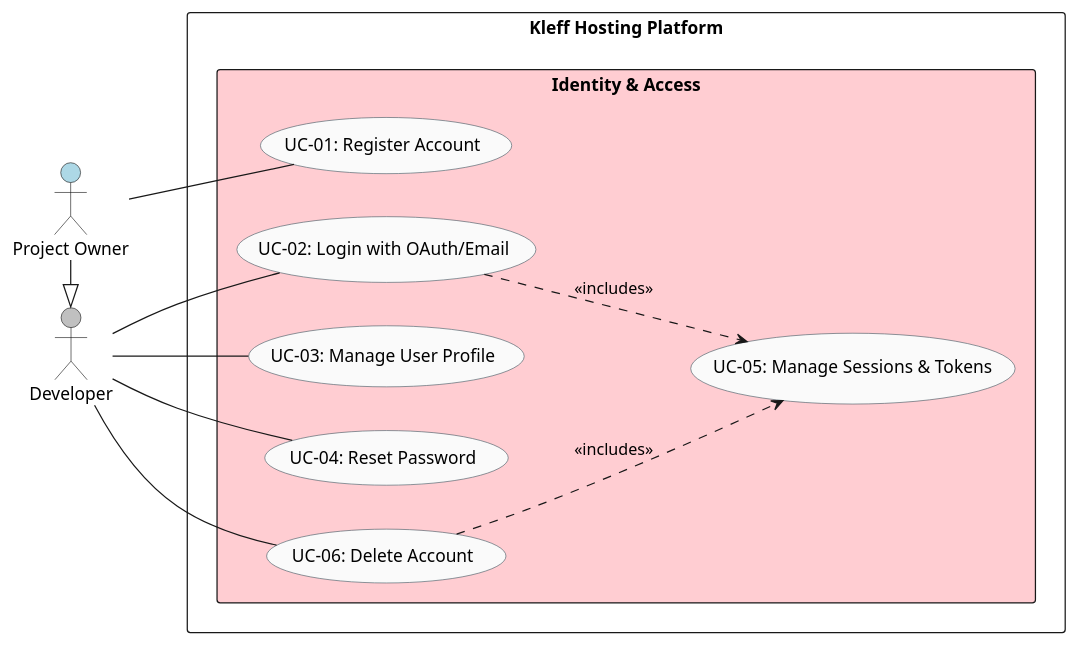
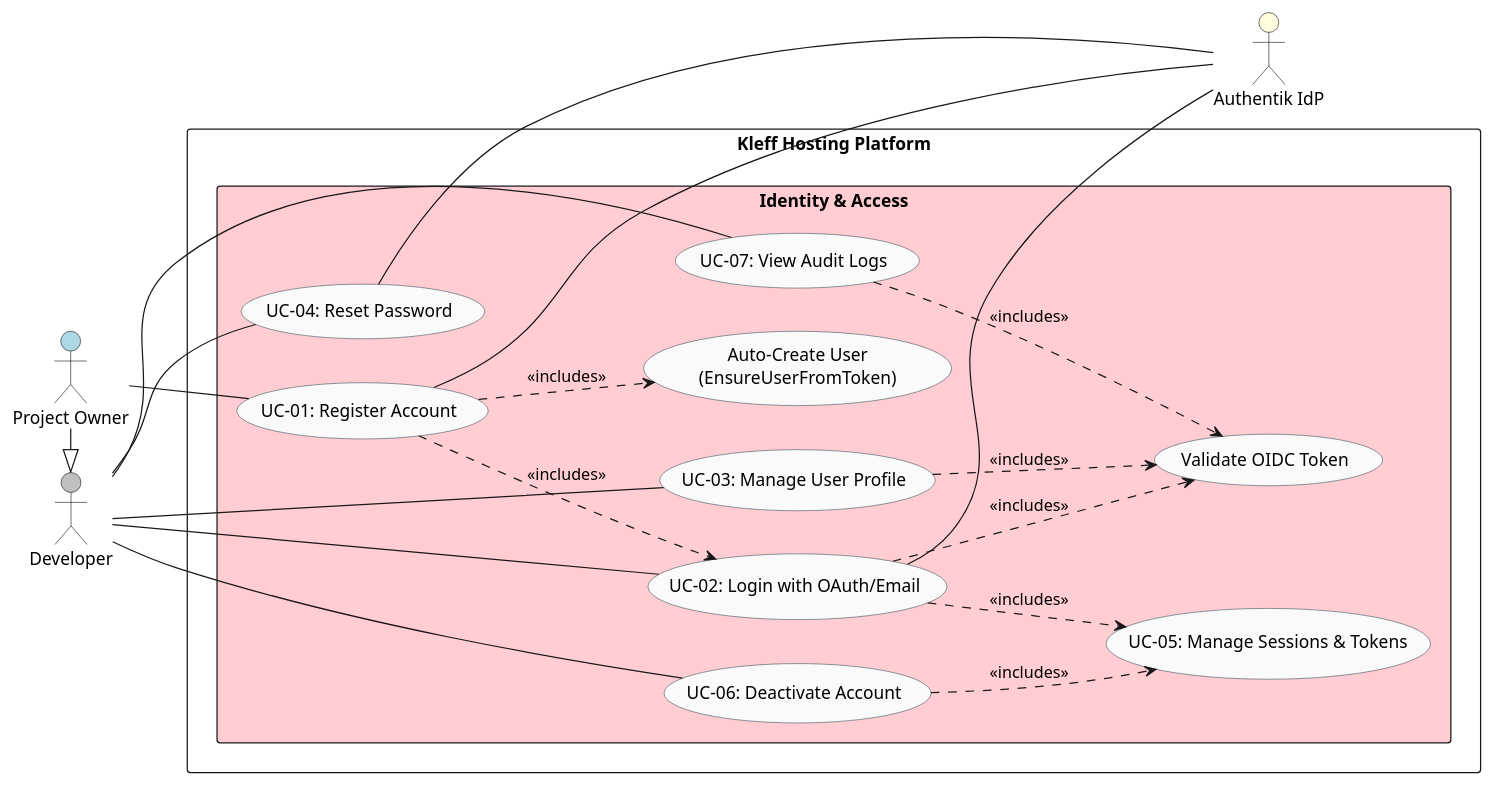
The diagram in docs/Identity/IdentityUseCase.puml (kleffio/.github), drawn with PlantUML before and after one commit. The commit also changed 8 other files, not shown here.

Commit message:
Updated identity bounded context diagrams

```diff
--- a/docs/Identity/IdentityUseCase.puml
+++ b/docs/Identity/IdentityUseCase.puml
@@ -1,37 +1,56 @@
 @startuml IdentityAndAccess
 left to right direction
 skinparam shadowing false
 skinparam usecase {
   BackgroundColor #FAFAFA
   BorderColor #455A64
   RoundCorner 14
 }
 
 actor "Developer" as Dev #silver
 actor "Project Owner" as Owner #lightblue
+actor "Authentik IdP" as Authentik #lightyellow
 
 Owner -|> Dev
 rectangle "Kleff Hosting Platform" {
   rectangle "Identity & Access" #FFCDD2 {
 
     usecase "UC-01: Register Account" as UC01
     usecase "UC-02: Login with OAuth/Email" as UC02
     usecase "UC-03: Manage User Profile" as UC03
     usecase "UC-04: Reset Password" as UC04
     usecase "UC-05: Manage Sessions & Tokens" as UC05
-    usecase "UC-06: Delete Account" as UC06
+    usecase "UC-06: Deactivate Account" as UC06
+    usecase "UC-07: View Audit Logs" as UC07
+
+    usecase "Validate OIDC Token" as ValidateToken
+    usecase "Auto-Create User\n(EnsureUserFromToken)" as AutoCreate
   }
 }
+
 ' Actor → main use cases
 Dev -- UC02
 Dev -- UC03
 Dev -- UC04
 Dev -- UC06
+Dev -- UC07
 
 Owner -- UC01
 
+' Secondary actor
+UC01 -- Authentik
+UC02 -- Authentik
+UC04 -- Authentik
+
 ' Key include relationships
+UC01 ..> UC02 : <<includes>>
 UC02 ..> UC05 : <<includes>>
+UC02 ..> ValidateToken : <<includes>>
+UC01 ..> AutoCreate : <<includes>>
 UC06 ..> UC05 : <<includes>>
 
+' Extension
+UC03 ..> ValidateToken : <<includes>>
+UC07 ..> ValidateToken : <<includes>>
+
 @enduml
```
